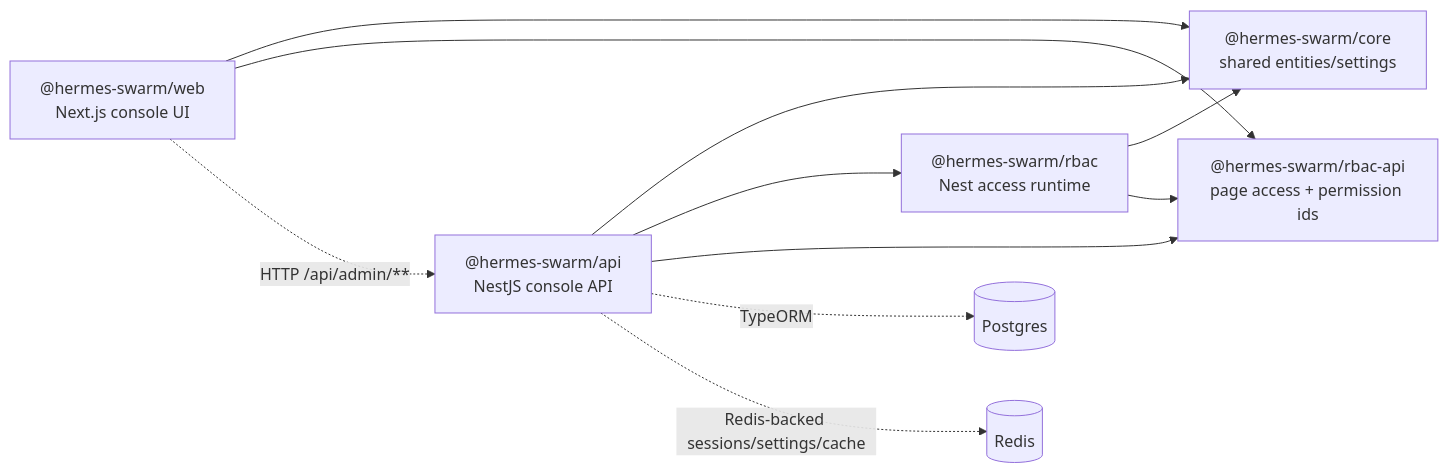
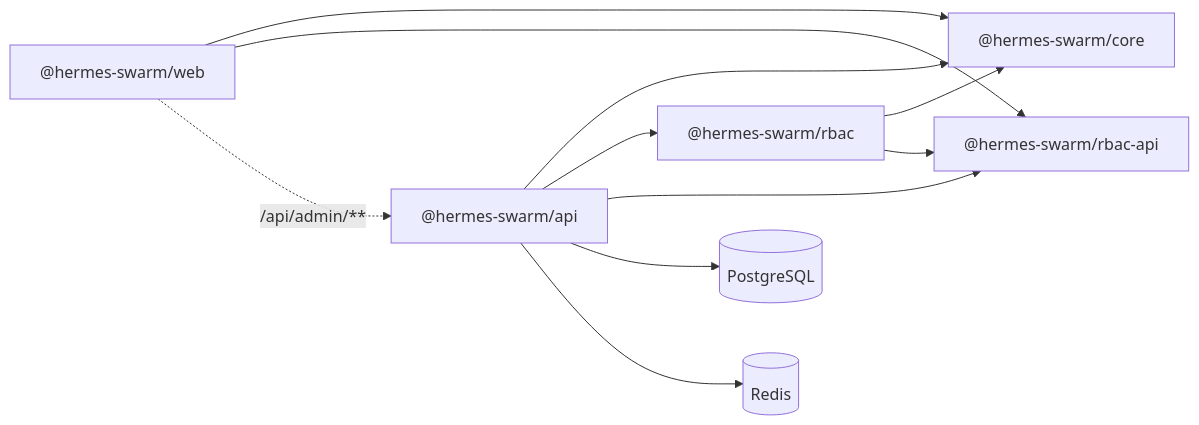
The first of 2 diagrams in docs/current-module-reference-graph.md (AyalaKaguya/hermes-swarm), drawn with Mermaid before and after one commit. The commit also changed other lines of this file and 301 other files, not shown here.

````diff
--- a/docs/current-module-reference-graph.md
+++ b/docs/current-module-reference-graph.md
@@ -17,13 +7,13 @@
 ```mermaid
 flowchart LR
-  Web["@hermes-swarm/web<br/>Next.js console UI"] --> Core["@hermes-swarm/core<br/>shared entities/settings"]
-  Web --> RbacApi["@hermes-swarm/rbac-api<br/>page access + permission ids"]
-  Api["@hermes-swarm/api<br/>NestJS console API"] --> Core
-  Api --> Rbac["@hermes-swarm/rbac<br/>Nest access runtime"]
+  Web["@hermes-swarm/web"] --> Core["@hermes-swarm/core"]
+  Web --> RbacApi["@hermes-swarm/rbac-api"]
+  Api["@hermes-swarm/api"] --> Core
+  Api --> Rbac["@hermes-swarm/rbac"]
   Api --> RbacApi
   Rbac --> Core
   Rbac --> RbacApi
-  Web -. "HTTP /api/admin/**" .-> Api
-  Api -. "TypeORM" .-> Postgres[("Postgres")]
-  Api -. "Redis-backed sessions/settings/cache" .-> Redis[("Redis")]
+  Web -. "/api/admin/**" .-> Api
+  Api --> Pg[(PostgreSQL)]
+  Api --> Redis[(Redis)]
 ```
````
